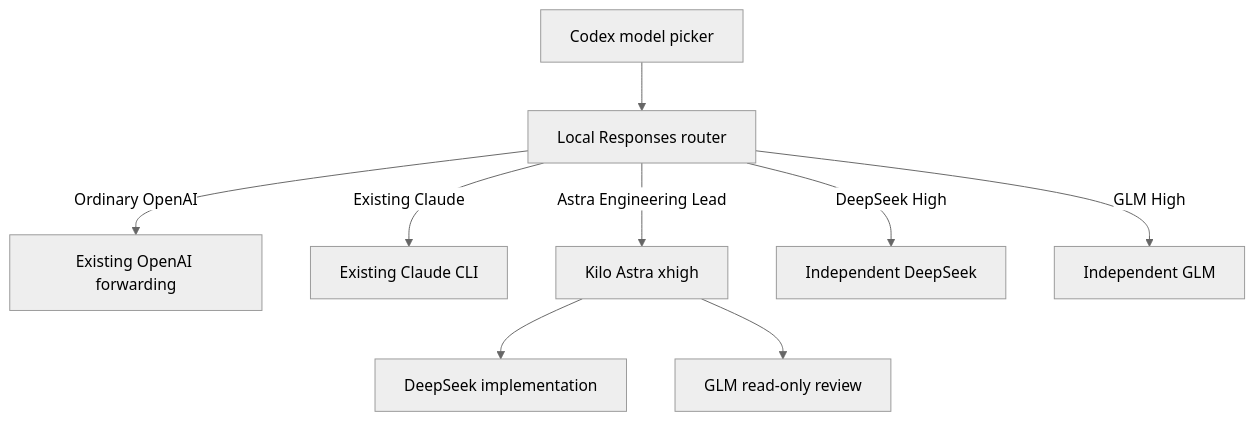
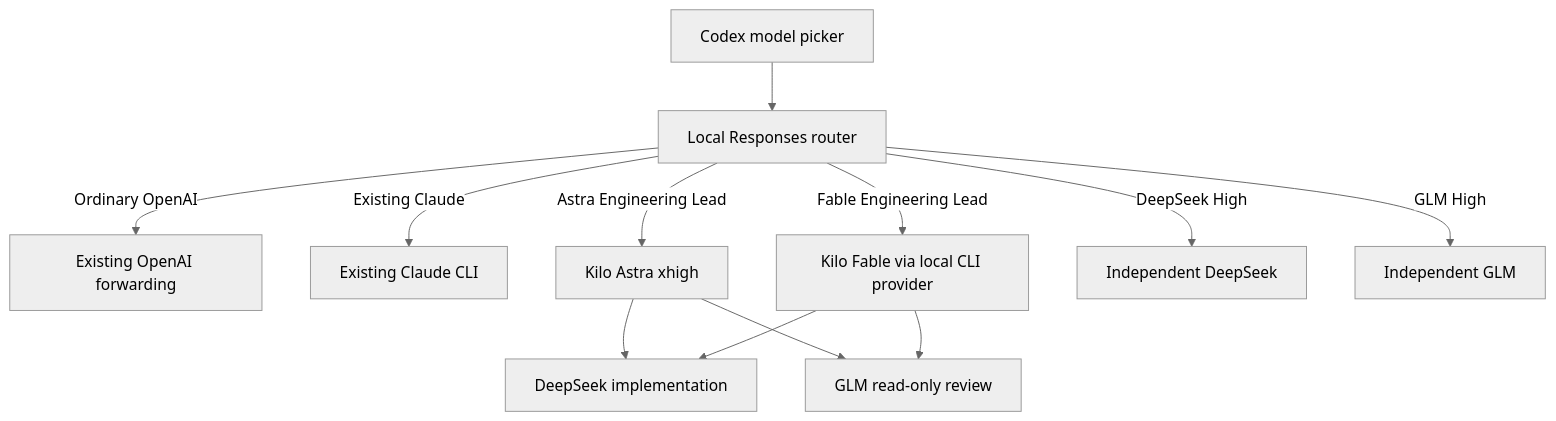
One commit to shrikrishna-skg/vs-code-configuration changed the diagram in docs/codex-model-picker.md. Above: the diagram before and after it, drawn with Mermaid (neutral theme). The commit also changed other lines of this file and 23 other files, not shown here.

````diff
--- a/docs/codex-model-picker.md
+++ b/docs/codex-model-picker.md
@@ -15,11 +16,14 @@
 ```mermaid
 flowchart TD
   Picker[Codex model picker] --> Router[Local Responses router]
   Router -->|Ordinary OpenAI| OpenAI[Existing OpenAI forwarding]
   Router -->|Existing Claude| Claude[Existing Claude CLI]
   Router -->|Astra Engineering Lead| Lead[Kilo Astra xhigh]
   Lead --> DS[DeepSeek implementation]
   Lead --> GLM[GLM read-only review]
+  Router -->|Fable Engineering Lead| FLead[Kilo Fable via local CLI provider]
+  FLead --> DS
+  FLead --> GLM
   Router -->|DeepSeek High| SoloDS[Independent DeepSeek]
   Router -->|GLM High| SoloGLM[Independent GLM]
 ```
````
